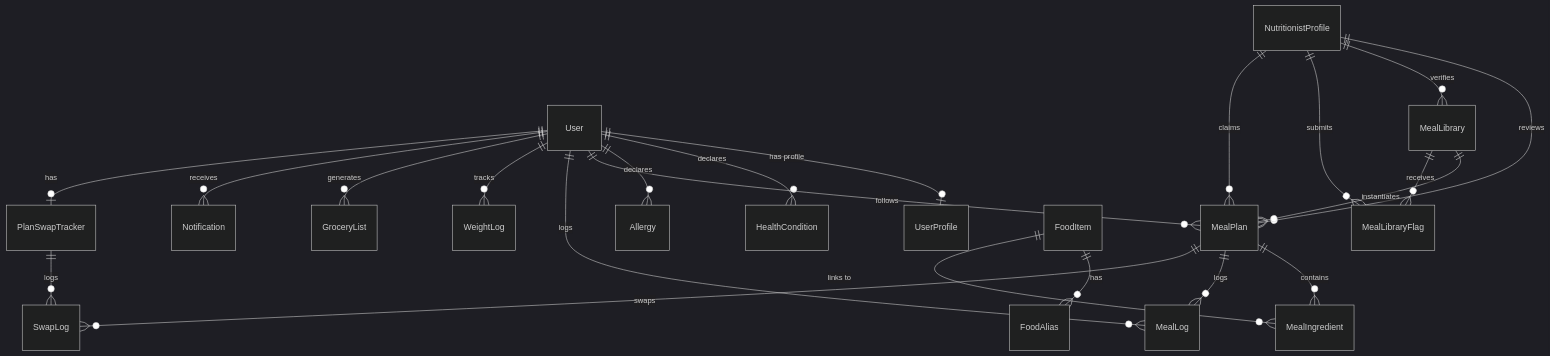
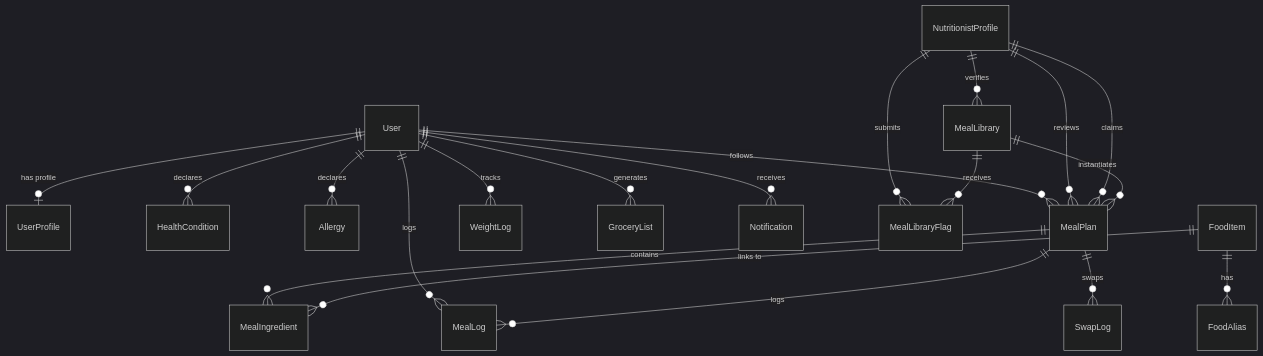
One commit to Chimairel/nutrimindv1 changed the diagram in NUTRIMIND_SYSTEM_REFERENCE.md. Above: the diagram before and after it, drawn with Mermaid (dark theme). The commit also changed other lines of this file and 157 other files, not shown here.

````diff
--- a/NUTRIMIND_SYSTEM_REFERENCE.md
+++ b/NUTRIMIND_SYSTEM_REFERENCE.md
@@ -43,29 +43,27 @@
 ```mermaid
 erDiagram
     User ||--o| UserProfile : "has profile"
     User ||--o{ HealthCondition : "declares"
     User ||--o{ Allergy : "declares"
     User ||--o{ MealPlan : "follows"
     User ||--o{ MealLog : "logs"
     User ||--o{ WeightLog : "tracks"
     User ||--o{ GroceryList : "generates"
     User ||--o{ Notification : "receives"
     
     NutritionistProfile ||--o{ MealPlan : "reviews"
     NutritionistProfile ||--o{ MealLibrary : "verifies"
     NutritionistProfile ||--o{ MealLibraryFlag : "submits"
     NutritionistProfile ||--o{ MealPlan : "claims"
     
     MealPlan ||--o{ MealIngredient : "contains"
     MealPlan ||--o{ MealLog : "logs"
     MealPlan ||--o{ SwapLog : "swaps"
     
     MealLibrary ||--o{ MealPlan : "instantiates"
     MealLibrary ||--o{ MealLibraryFlag : "receives"
     
     FoodItem ||--o{ FoodAlias : "has"
     FoodItem ||--o{ MealIngredient : "links to"
     
-    PlanSwapTracker ||--o{ SwapLog : "logs"
-    User ||--o| PlanSwapTracker : "has"
 ```
````
